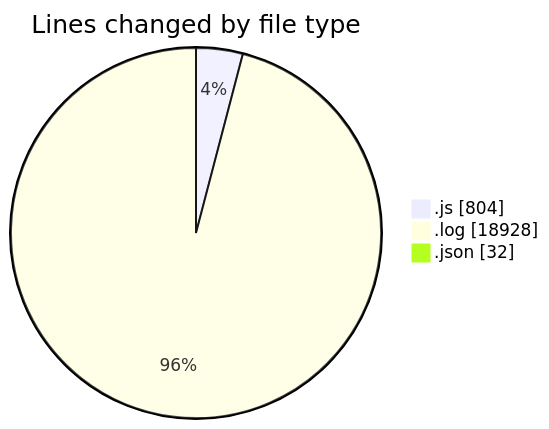
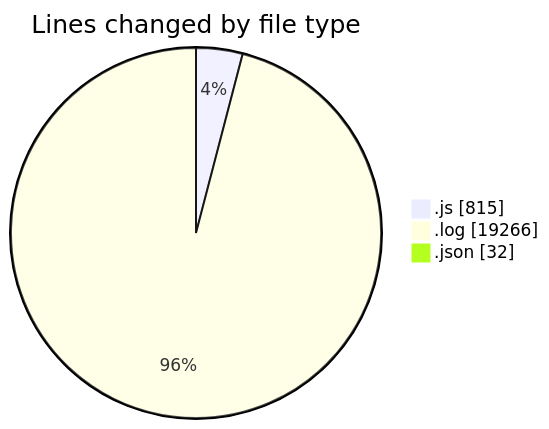
Before and after one commit to nxtqubesakshisongat/code-tracking: the first of 2 diagrams in 2025-04-15/nxtqube_webapp/README.md, drawn with Mermaid. The commit also changed other lines of this file and 1 other file, not shown here.

````diff
--- a/2025-04-15/nxtqube_webapp/README.md
+++ b/2025-04-15/nxtqube_webapp/README.md
@@ -38,7 +40,7 @@
 ```mermaid
 pie showData
 title Lines changed by file type
-".js" : 804
-".log" : 18928
+".js" : 815
+".log" : 19266
 ".json" : 32
 ```
````
